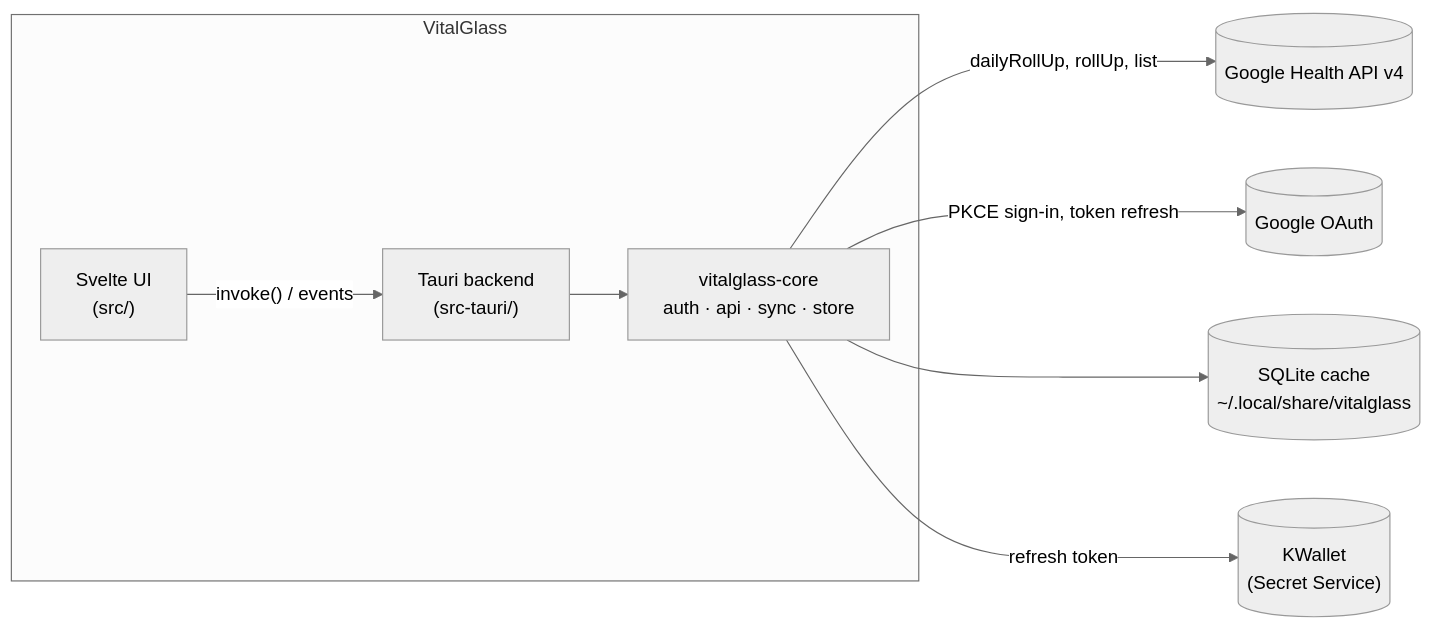
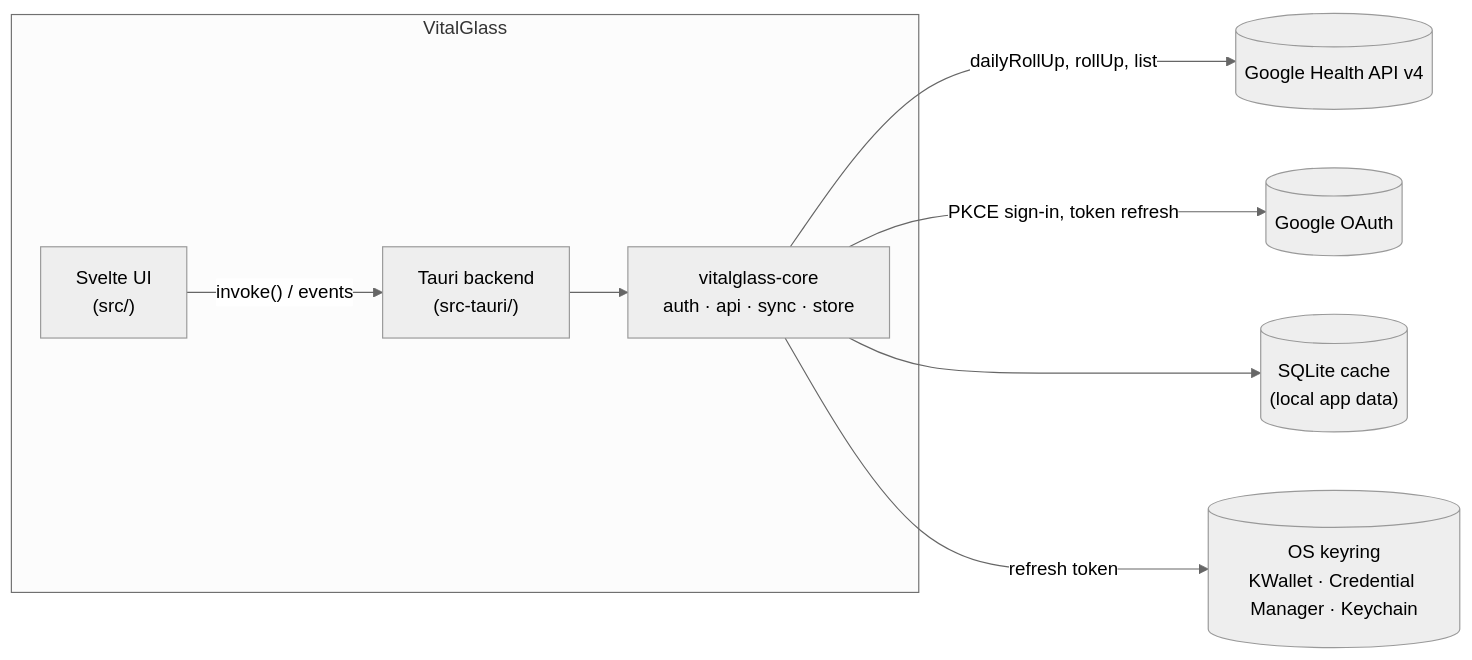
Before and after one commit to AmriArshad/VitalGlass: the diagram in README.md, drawn with Mermaid (neutral theme). The commit also changed other lines of this file, not shown here.

````diff
--- a/README.md
+++ b/README.md
@@ -41,19 +41,19 @@
 ```mermaid
 flowchart LR
     subgraph app [VitalGlass]
         UI["Svelte UI<br/>(src/)"]
         Tauri["Tauri backend<br/>(src-tauri/)"]
         Core["vitalglass-core<br/>auth · api · sync · store"]
     end
     Google[(Google Health API v4)]
     OAuth[(Google OAuth)]
-    DB[("SQLite cache<br/>~/.local/share/vitalglass")]
-    Keyring[("KWallet<br/>(Secret Service)")]
+    DB[("SQLite cache<br/>(local app data)")]
+    Keyring[("OS keyring<br/>KWallet · Credential Manager · Keychain")]
 
     UI -- "invoke() / events" --> Tauri
     Tauri --> Core
     Core -- "dailyRollUp, rollUp, list" --> Google
     Core -- "PKCE sign-in, token refresh" --> OAuth
     Core --> DB
     Core -- refresh token --> Keyring
 ```
````
